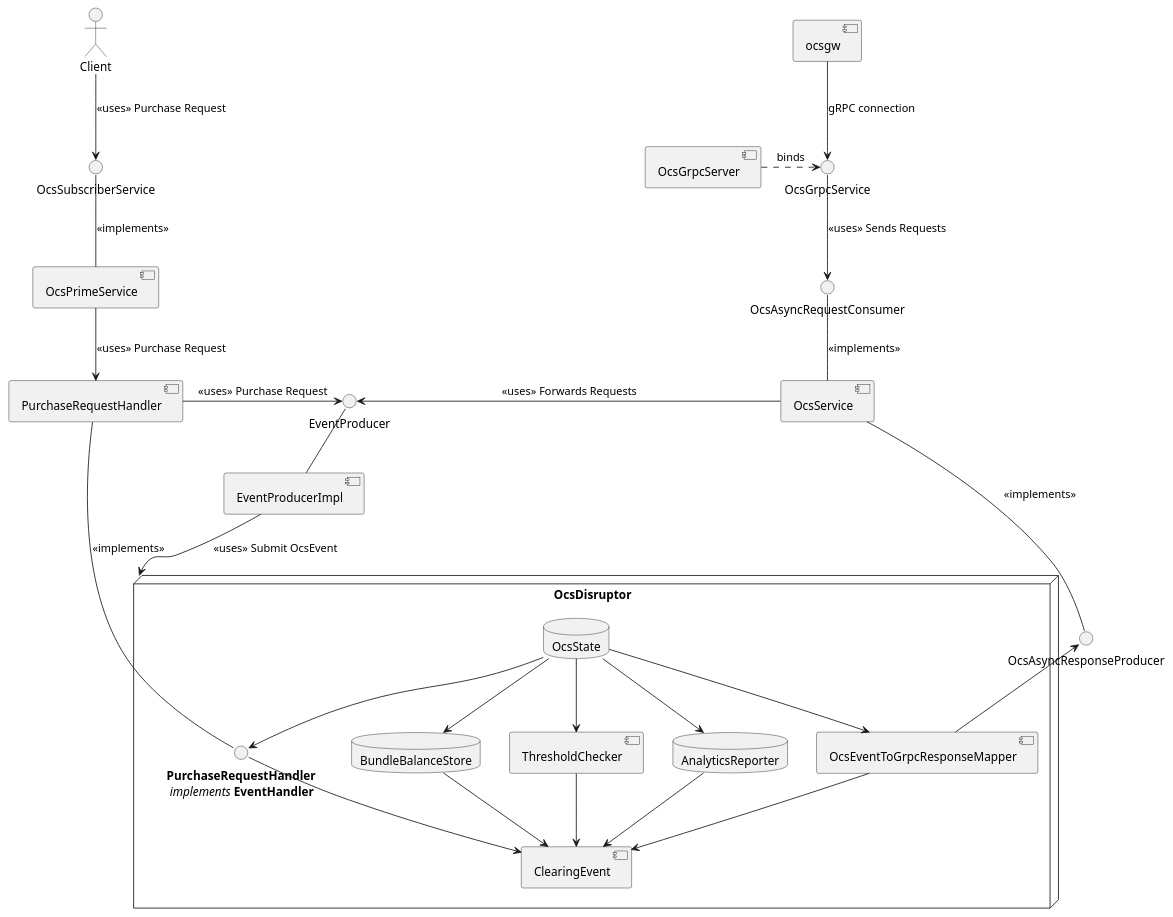
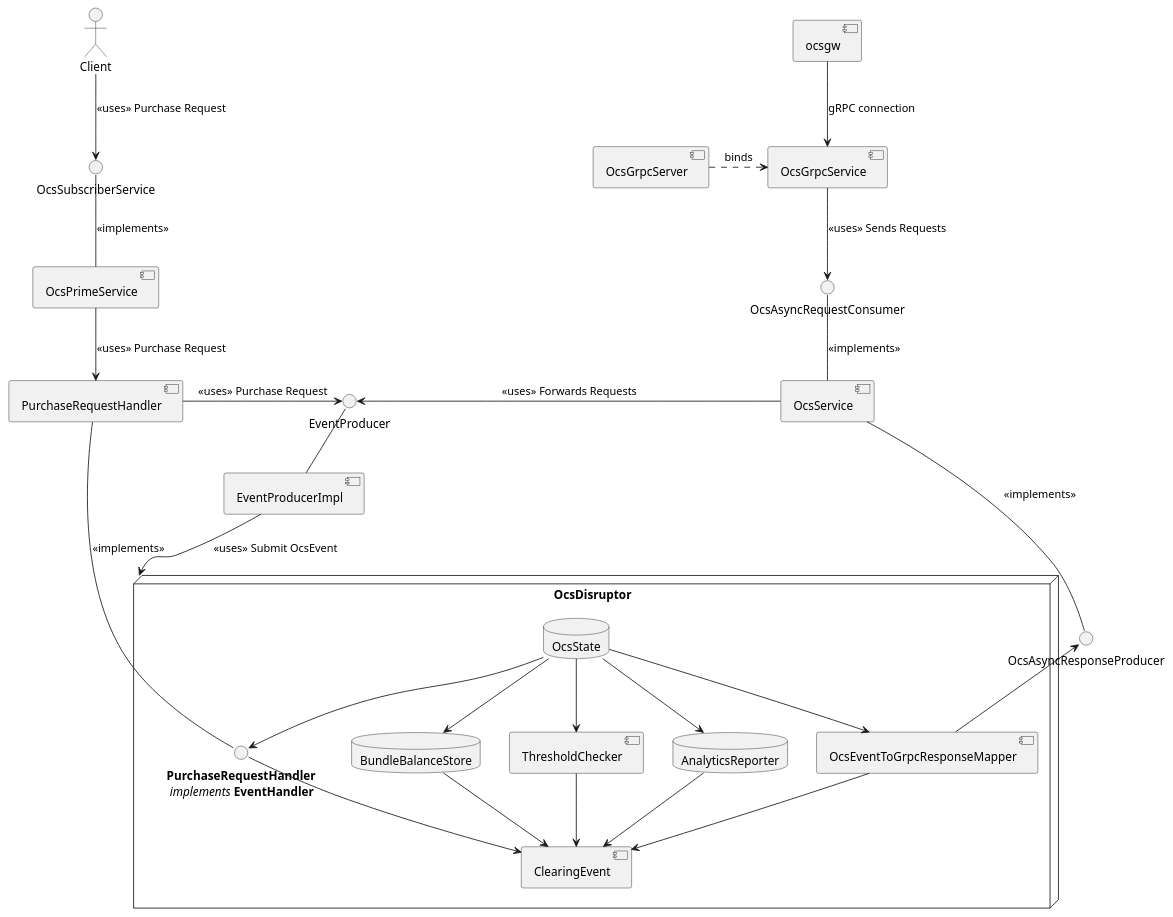
Before and after one commit to ostelco/ostelco-core: the diagram in ocs/design.puml, drawn with PlantUML.

Commit message:
Minor change in OCS design doc

```diff
--- a/ocs/design.puml
+++ b/ocs/design.puml
@@ -1,92 +1,92 @@
 @startuml
 
 '
 ' Declarations
 '
 
 [ocsgw]
 
-interface OcsGrpcService
+[OcsGrpcService]
 
 [OcsGrpcServer]
 
 interface OcsAsyncRequestConsumer
 
 [OcsService]
 
 interface EventProducer
 
 [EventProducerImpl]
 
 interface OcsAsyncResponseProducer
 
 node OcsDisruptor {
     database OcsState
     database BundleBalanceStore
     interface "**PurchaseRequestHandler**\n //implements// **EventHandler**" AS PREH
     [ThresholdChecker]
     database AnalyticsReporter
     [OcsEventToGrpcResponseMapper]
     [ClearingEvent]
 }
 
 actor Client
 
 interface OcsSubscriberService
 
 [OcsPrimeService]
 
 [PurchaseRequestHandler]
 
 '
 ' Purchase Request
 '
 
 Client --> OcsSubscriberService : <<uses>> Purchase Request
 
 OcsSubscriberService -- OcsPrimeService : <<implements>>
 
 OcsPrimeService --> PurchaseRequestHandler : <<uses>> Purchase Request
 
 PurchaseRequestHandler -right-> EventProducer : <<uses>> Purchase Request
 
 PurchaseRequestHandler -- PREH : <<implements>>
 '
 ' Consumption
 '
 
 ocsgw -down-> OcsGrpcService : gRPC connection
 
 OcsGrpcServer .right.> OcsGrpcService : binds
 
 OcsGrpcService -down-> OcsAsyncRequestConsumer : <<uses>> Sends Requests
 
 OcsAsyncRequestConsumer -down- OcsService : <<implements>>
 
 OcsService --right- OcsAsyncResponseProducer : <<implements>>
 
 OcsService -left-> EventProducer : <<uses>> Forwards Requests
 
 EventProducer -down- EventProducerImpl
 
 EventProducerImpl -down-> OcsDisruptor : <<uses>> Submit OcsEvent
 
 '
 ' Disruptor
 '
 
 OcsState --> BundleBalanceStore
 OcsState --> PREH
 OcsState --> ThresholdChecker
 OcsState --> AnalyticsReporter
 OcsState --> OcsEventToGrpcResponseMapper
 
 OcsEventToGrpcResponseMapper --> ClearingEvent
 BundleBalanceStore --> ClearingEvent
 PREH --> ClearingEvent
 ThresholdChecker --> ClearingEvent
 AnalyticsReporter --> ClearingEvent
 
 OcsEventToGrpcResponseMapper -up-> OcsAsyncResponseProducer
 
 @enduml
```
